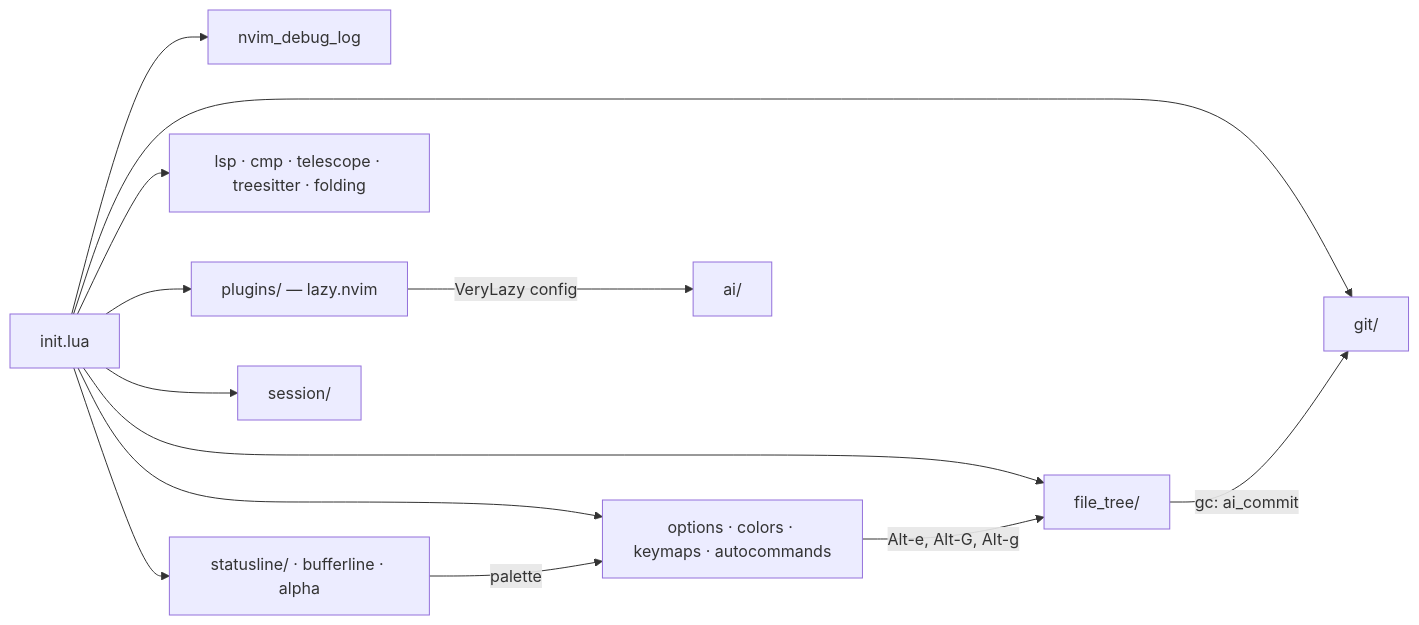
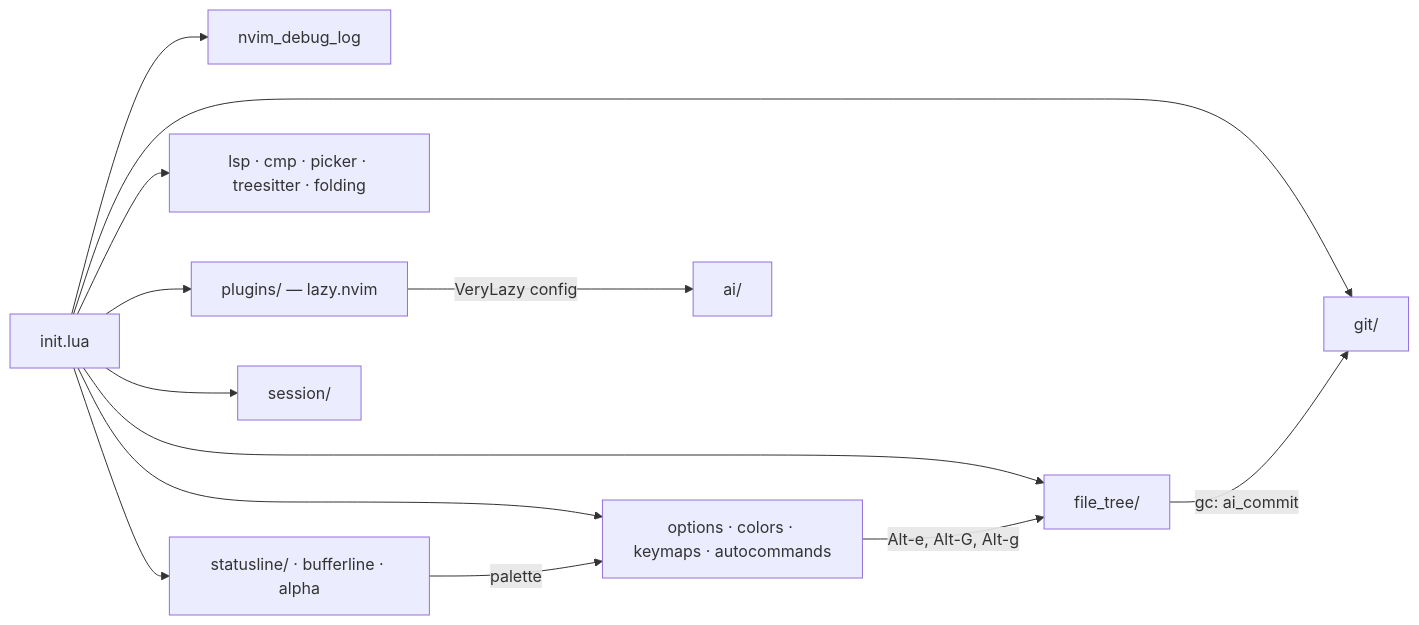
Before and after one commit to GlebBeloded/nvim.config: the first of 4 diagrams in docs/architecture.md, drawn with Mermaid. The commit also changed other lines of this file and 15 other files, not shown here.

````diff
--- a/docs/architecture.md
+++ b/docs/architecture.md
@@ -45,19 +45,19 @@
 ```mermaid
 flowchart LR
     init["init.lua"]
     dbg["nvim_debug_log"]
     lazy["plugins/ — lazy.nvim"]
     core["options · colors · keymaps · autocommands"]
-    edit["lsp · cmp · telescope · treesitter · folding"]
+    edit["lsp · cmp · picker · treesitter · folding"]
     ui["statusline/ · bufferline · alpha"]
     ft["file_tree/"]
     git["git/"]
     ses["session/"]
     ai["ai/"]
 
     init --> dbg & lazy & core & edit & ui & ft & git & ses
     lazy -- "VeryLazy config" --> ai
     core -- "Alt-e, Alt-G, Alt-g" --> ft
     ft -- "gc: ai_commit" --> git
     ui -- "palette" --> core
 ```
````
